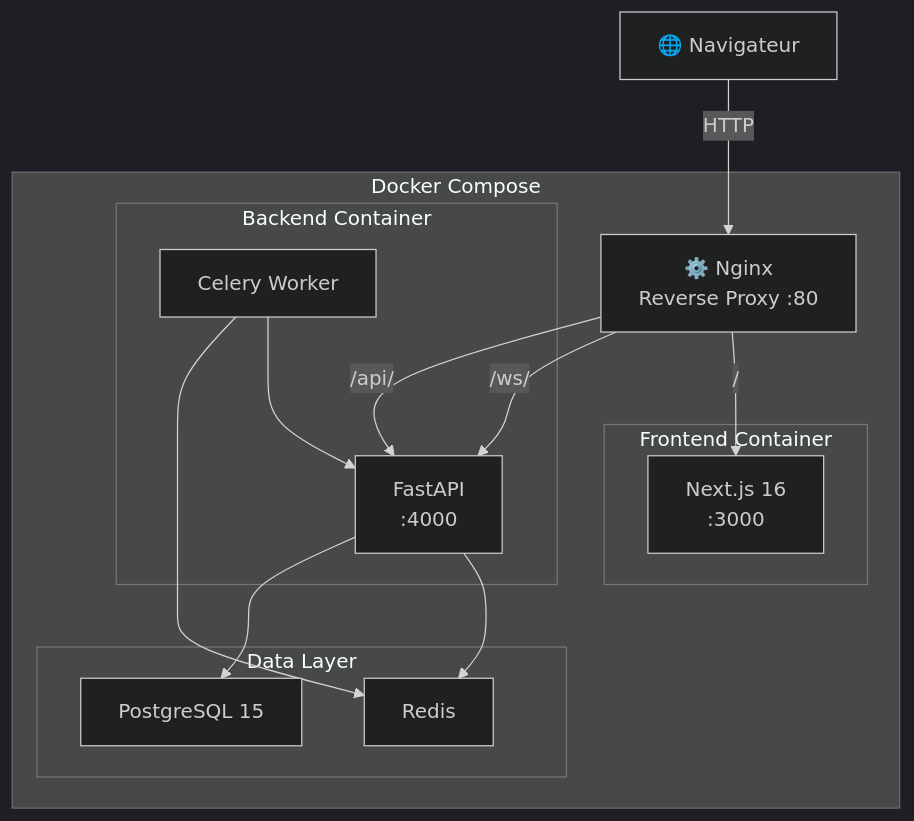
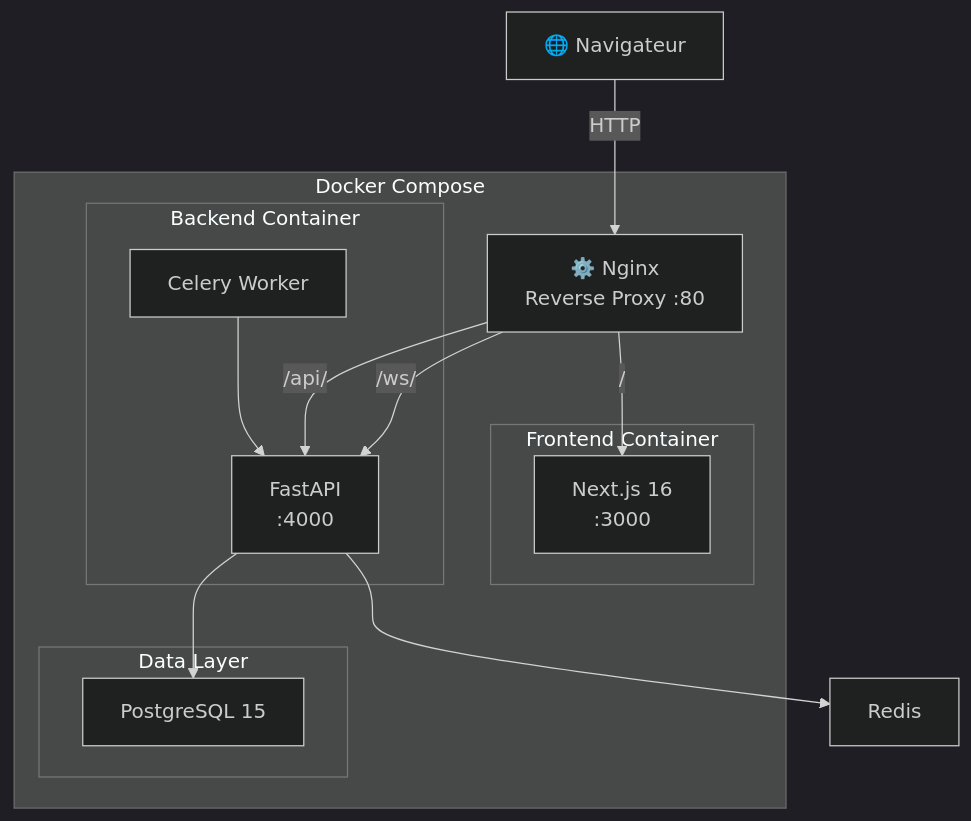
The diagram in README.md (Abdel1117/Crypto_News), drawn with Mermaid (dark theme) before and after one commit. The commit also changed 1 other file, not shown here.

Commit message:
archi(Docker): deleting version in docker compose and readme.md fixing

````diff
--- a/README.md
+++ b/README.md
@@ -45,31 +45,29 @@
 ```mermaid
 graph TB
     Browser["🌐 Navigateur"]
 
     subgraph Docker["Docker Compose"]
         Nginx["⚙️ Nginx\nReverse Proxy :80"]
 
         subgraph Frontend["Frontend Container"]
             Next["Next.js 16\n:3000"]
         end
 
         subgraph Backend["Backend Container"]
             FastAPI["FastAPI\n:4000"]
             Celery["Celery Worker"]
         end
 
         subgraph Data["Data Layer"]
             PG["PostgreSQL 15"]
-            Redis["Redis"]
         end
     end
 
     Browser -->|HTTP| Nginx
     Nginx -->|"/"| Next
     Nginx -->|"/api/"| FastAPI
     Nginx -->|"/ws/"| FastAPI
     FastAPI --> PG
     FastAPI --> Redis
-    Celery --> Redis
     Celery --> FastAPI
 ```
````
